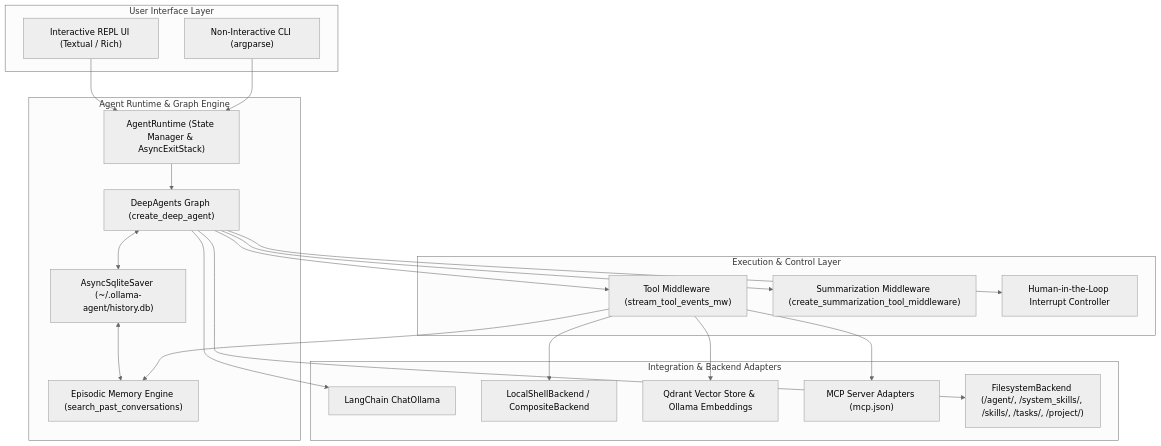
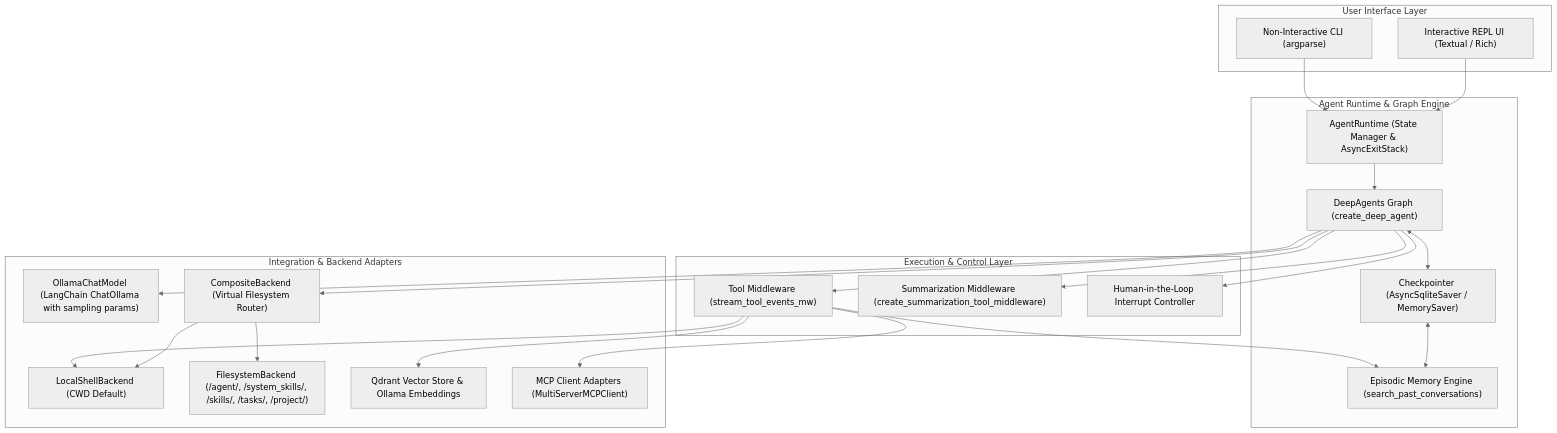
Before and after one commit to arrase/ollama-agent: the first of 9 diagrams in docs/architecture.md, drawn with Mermaid (neutral theme). The commit also changed other lines of this file and 4 other files, not shown here.

````diff
--- a/docs/architecture.md
+++ b/docs/architecture.md
@@ -11,43 +11,46 @@
 ```mermaid
 flowchart TD
     subgraph UI ["User Interface Layer"]
         REPL["Interactive REPL UI (Textual / Rich)"]
         CLI["Non-Interactive CLI (argparse)"]
     end
 
     subgraph Core ["Agent Runtime & Graph Engine"]
         Runtime["AgentRuntime (State Manager & AsyncExitStack)"]
         Graph["DeepAgents Graph (create_deep_agent)"]
-        Checkpointer["AsyncSqliteSaver (~/.ollama-agent/history.db)"]
+        Checkpointer["Checkpointer (AsyncSqliteSaver / MemorySaver)"]
         EpisodicMemory["Episodic Memory Engine (search_past_conversations)"]
     end
 
     subgraph Middleware ["Execution & Control Layer"]
         ToolMW["Tool Middleware (stream_tool_events_mw)"]
         SummarizerMW["Summarization Middleware (create_summarization_tool_middleware)"]
         HITL["Human-in-the-Loop Interrupt Controller"]
     end
 
     subgraph Adapters ["Integration & Backend Adapters"]
-        OllamaLLM["LangChain ChatOllama"]
-        ShellBackend["LocalShellBackend / CompositeBackend"]
+        OllamaLLM["OllamaChatModel (LangChain ChatOllama with sampling params)"]
+        CompositeRouter["CompositeBackend (Virtual Filesystem Router)"]
+        ShellBackend["LocalShellBackend (CWD Default)"]
+        MemoryStore["FilesystemBackend (/agent/, /system_skills/, /skills/, /tasks/, /project/)"]
         RAGEngine["Qdrant Vector Store & Ollama Embeddings"]
-        MCPAdapter["MCP Server Adapters (mcp.json)"]
-        MemoryStore["FilesystemBackend (/agent/, /system_skills/, /skills/, /tasks/, /project/)"]
+        MCPAdapter["MCP Client Adapters (MultiServerMCPClient)"]
     end
 
     REPL --> Runtime
     CLI --> Runtime
     Runtime --> Graph
     Graph <--> Checkpointer
     Checkpointer <--> EpisodicMemory
     Graph --> ToolMW
     Graph --> SummarizerMW
     Graph --> HITL
+    Graph --> CompositeRouter
+    CompositeRouter --> ShellBackend
+    CompositeRouter --> MemoryStore
     ToolMW --> ShellBackend
     ToolMW --> MCPAdapter
     ToolMW --> RAGEngine
     ToolMW --> EpisodicMemory
     Graph --> OllamaLLM
-    Graph --> MemoryStore
 ```
````
